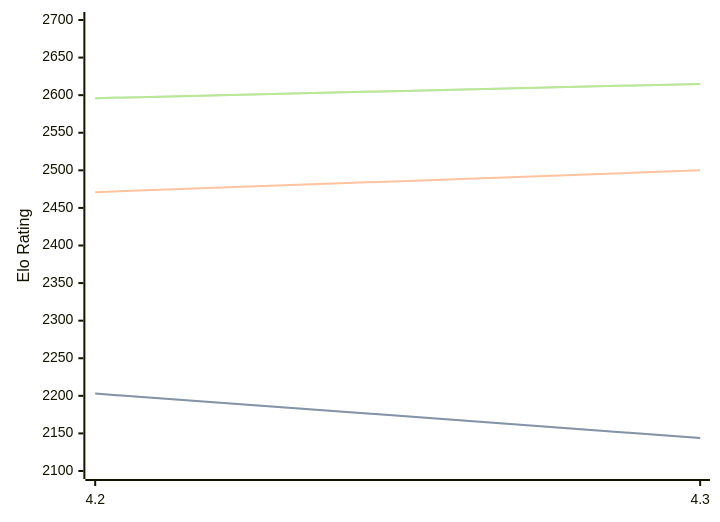
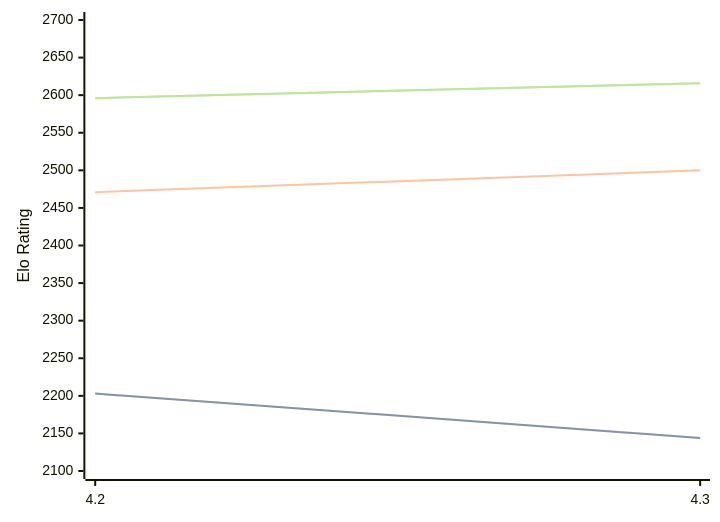
Before and after one commit to computer-chess-index/cci: the diagram in engines/Eubos.md, drawn with Mermaid. The commit also changed other lines of this file, not shown here.

Commit message:
Update CCI Ratings (ELO VLTC) - 2026-05-03

````diff
--- a/engines/Eubos.md
+++ b/engines/Eubos.md
@@ -88,11 +88,11 @@
 ```mermaid
 %%{init: {"theme":"base","themeVariables":{"seriesColors:['#a3a3a3','#222221','#faa371']}}}%%
 xychart-beta
   x-axis ["4.2", "4.3"]
   y-axis "Elo Rating" 2100 --> 2700
   line "STC (8.0+0.08s)" [2203, 2144]
   line "STC (8.0+0.08s)" [2203, 2144]
   line "LTC (60.0+0.60s)" [2471, 2500]
-  line "VLTC (2m24s+1.12s)" [2596, 2615]
-  line "VLTC (2m24s+1.12s)" [2596, 2615]
+  line "VLTC (2m24s+1.12s)" [2596, 2616]
+  line "VLTC (2m24s+1.12s)" [2596, 2616]
 ```
````
